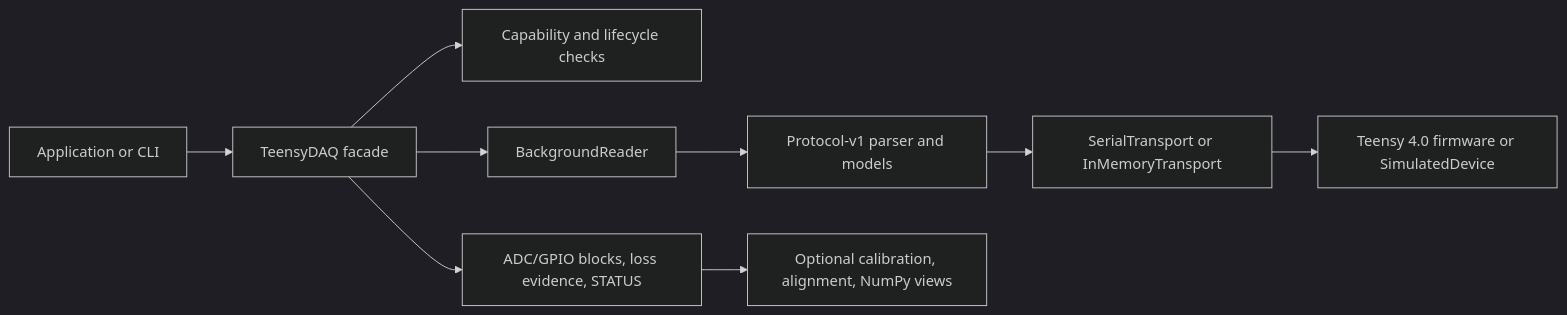
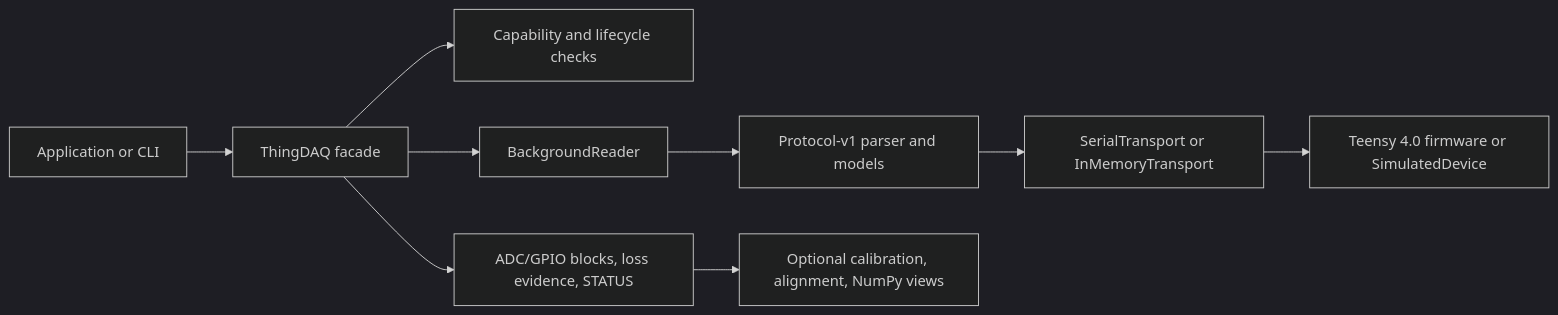
Before and after one commit to ThingDone/thingdaq: the first of 2 diagrams in doc/architecture/python-api.md, drawn with Mermaid (dark theme). The commit also changed other lines of this file and 258 other files, not shown here.

Commit message:
Rename project and internals to ThingDAQ

````diff
--- a/doc/architecture/python-api.md
+++ b/doc/architecture/python-api.md
@@ -31,11 +31,11 @@
 ```mermaid
 flowchart LR
-    U[Application or CLI] --> F[TeensyDAQ facade]
+    U[Application or CLI] --> F[ThingDAQ facade]
     F --> C[Capability and lifecycle checks]
     F --> R[BackgroundReader]
     R --> P[Protocol-v1 parser and models]
     P --> T[SerialTransport or InMemoryTransport]
     T --> H[Teensy 4.0 firmware or SimulatedDevice]
     F --> E[ADC/GPIO blocks, loss evidence, STATUS]
     E --> A[Optional calibration, alignment, NumPy views]
 ```
````
